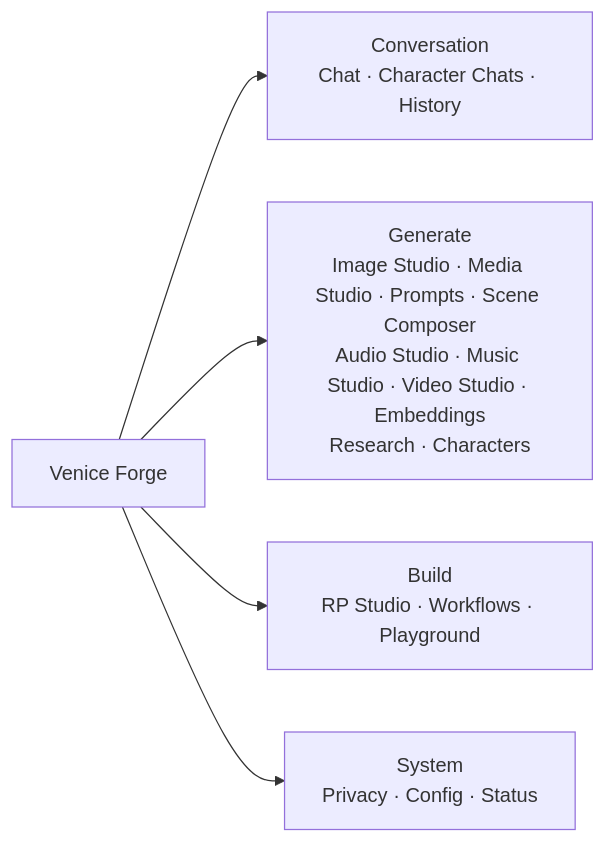
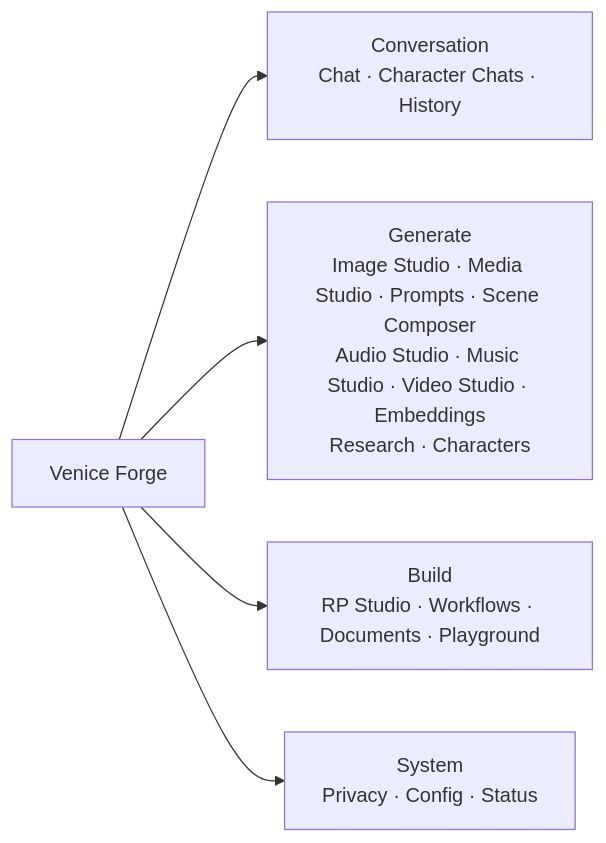
One commit to spearchucker667/Venice_Forge changed the diagram in README.md. Above: the diagram before and after it, drawn with Mermaid. The commit also changed other lines of this file and 49 other files, not shown here.

````diff
--- a/README.md
+++ b/README.md
@@ -78,8 +79,8 @@
 ```mermaid
 flowchart LR
   VF["Venice Forge"]
   VF --> Conversation["Conversation<br/>Chat · Character Chats · History"]
   VF --> Generate["Generate<br/>Image Studio · Media Studio · Prompts · Scene Composer<br/>Audio Studio · Music Studio · Video Studio · Embeddings<br/>Research · Characters"]
-  VF --> Build["Build<br/>RP Studio · Workflows · Playground"]
+  VF --> Build["Build<br/>RP Studio · Workflows · Documents · Playground"]
   VF --> System["System<br/>Privacy · Config · Status"]
 ```
````
